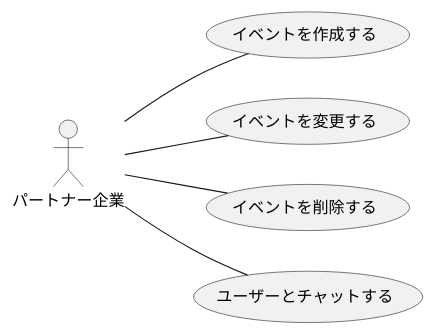
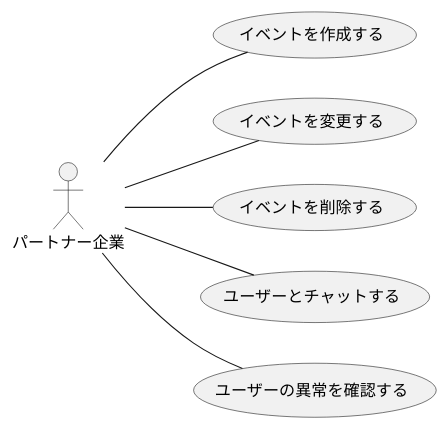
One commit to ksw2270227/GroupF changed the second of 2 diagrams in F_usecase_client.plantuml. Above: the diagram before and after it, drawn with PlantUML. The commit also changed 2 other files, not shown here.

```diff
--- a/F_usecase_client.plantuml
+++ b/F_usecase_client.plantuml
@@ -12,11 +12,12 @@
 @startuml パートナー企業_usecase(2)
 left to right direction
 actor パートナー企業
 
 パートナー企業 -- (イベントを作成する)
 パートナー企業 -- (イベントを変更する)
 パートナー企業 -- (イベントを削除する)
 パートナー企業 -- (ユーザーとチャットする)
+パートナー企業 -- (ユーザーの異常を確認する)
 
 
 @enduml
```
